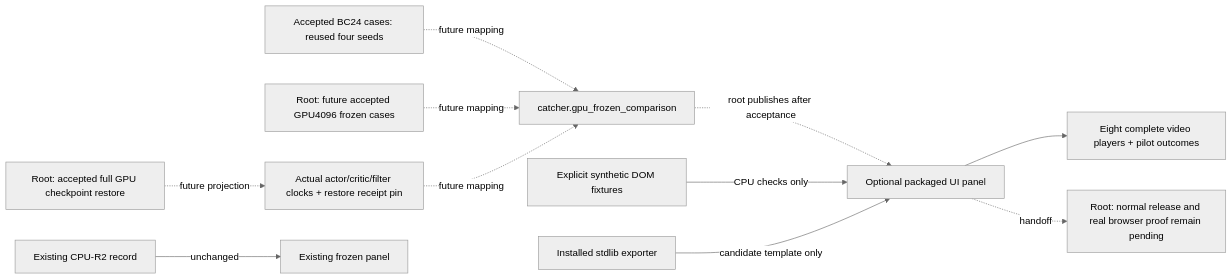
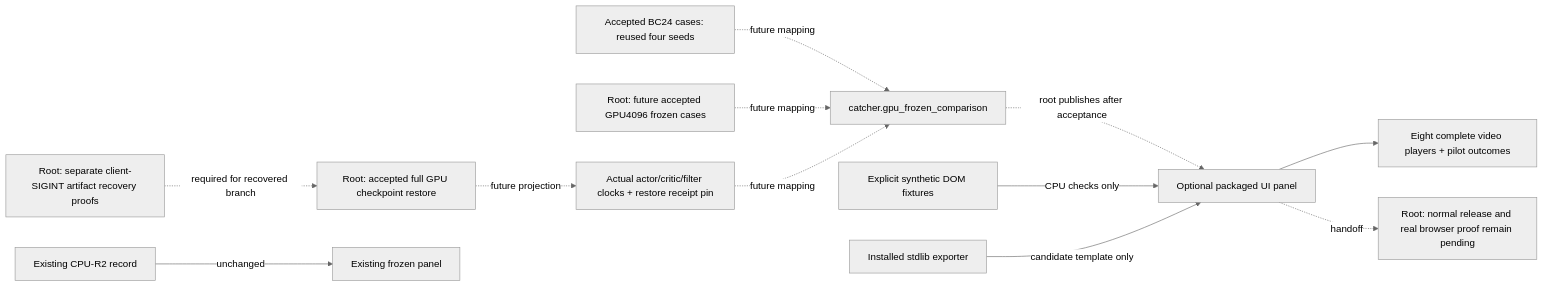
The diagram in docs/bench/CATCHER_GPU_FROZEN_VIEWER.mmd (aditya9729/abc), drawn with Mermaid (neutral theme) before and after one commit. The commit also changed 3 other files, not shown here.

```diff
--- a/docs/bench/CATCHER_GPU_FROZEN_VIEWER.mmd
+++ b/docs/bench/CATCHER_GPU_FROZEN_VIEWER.mmd
@@ -1,12 +1,13 @@
 flowchart LR
+  T[Root: separate client-SIGINT artifact recovery proofs] -. required for recovered branch .-> R
   R[Root: accepted full GPU checkpoint restore] -. future projection .-> M[Actual actor/critic/filter clocks + restore receipt pin]
   B[Accepted BC24 cases: reused four seeds] -. future mapping .-> C[catcher.gpu_frozen_comparison]
   G[Root: future accepted GPU4096 frozen cases] -. future mapping .-> C
   M -. future mapping .-> C
   C -. root publishes after acceptance .-> V[Optional packaged UI panel]
   F[Explicit synthetic DOM fixtures] -->|CPU checks only| V
   V --> P[Eight complete video players + pilot outcomes]
   H[Existing CPU-R2 record] -->|unchanged| O[Existing frozen panel]
   E[Installed stdlib exporter] -->|candidate template only| V
   N[Root: normal release and real browser proof remain pending]
   V -. handoff .-> N
```
